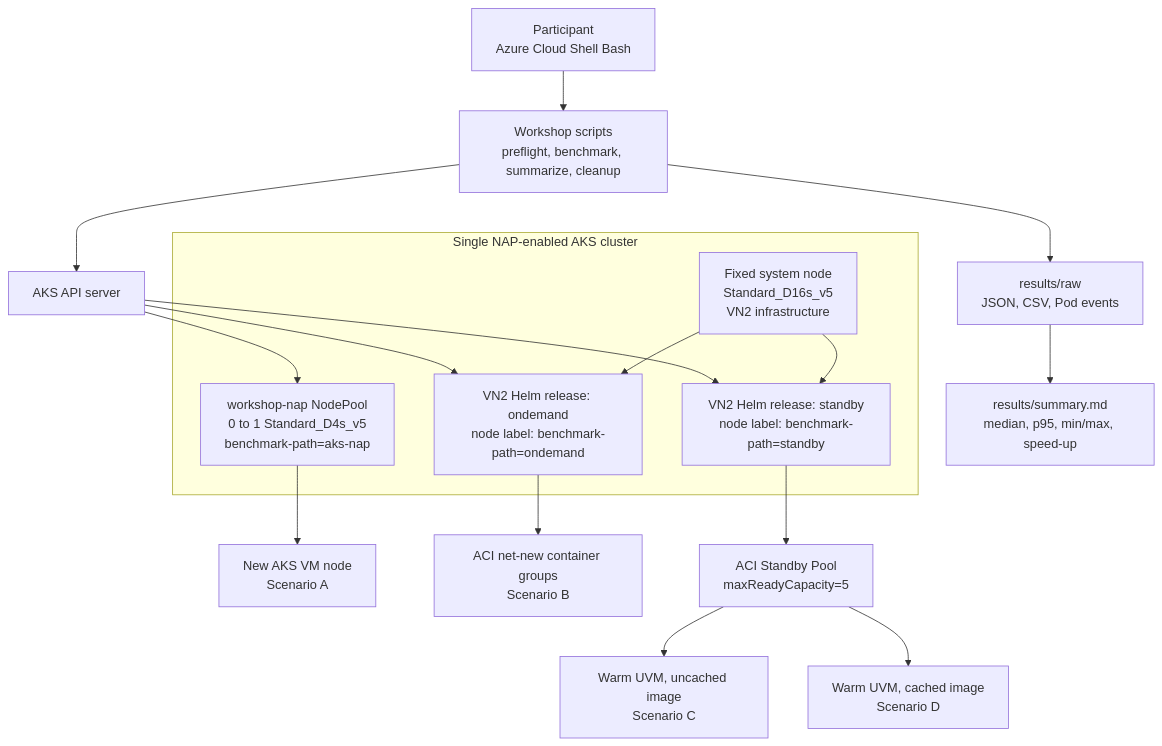
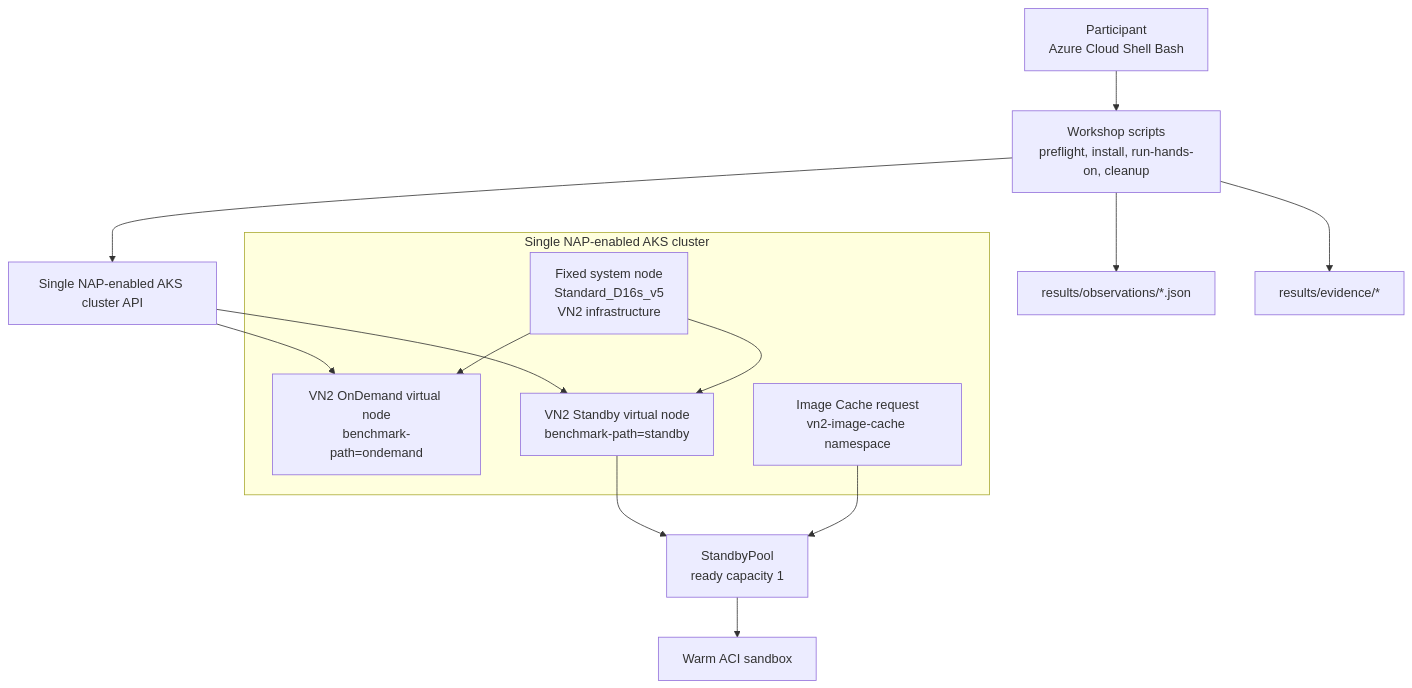
One commit to freeman9844/aci-basic-workshop-01 changed the diagram in README.md. Above: the diagram before and after it, drawn with Mermaid. The commit also changed other lines of this file and 5 other files, not shown here.

Commit message:
docs: publish 120-minute VN2 hands-on flow

````diff
--- a/README.md
+++ b/README.md
@@ -28,27 +29,23 @@
 ```mermaid
 flowchart TB
-  user[Participant<br>Azure Cloud Shell Bash] --> scripts[Workshop scripts<br>preflight, benchmark, summarize, cleanup]
-  scripts --> api[AKS API server]
+  user[Participant<br>Azure Cloud Shell Bash] --> scripts[Workshop scripts<br>preflight, install, run-hands-on, cleanup]
+  scripts --> api[Single NAP-enabled AKS cluster API]
 
-  subgraph aks[Single NAP-enabled AKS cluster]
+  subgraph cluster[Single NAP-enabled AKS cluster]
     system[Fixed system node<br>Standard_D16s_v5<br>VN2 infrastructure]
-    nap[workshop-nap NodePool<br>0 to 1 Standard_D4s_v5<br>benchmark-path=aks-nap]
-    ondemand[VN2 Helm release: ondemand<br>node label: benchmark-path=ondemand]
-    standby[VN2 Helm release: standby<br>node label: benchmark-path=standby]
+    ondemand[VN2 OnDemand virtual node<br>benchmark-path=ondemand]
+    standby[VN2 Standby virtual node<br>benchmark-path=standby]
+    cache[Image Cache request<br>vn2-image-cache namespace]
   end
 
-  api --> nap
   api --> ondemand
   api --> standby
   system --> ondemand
   system --> standby
+  standby --> pool[StandbyPool<br>ready capacity 1]
+  pool --> warm[Warm ACI sandbox]
+  cache --> pool
 
-  nap --> vm[New AKS VM node<br>Scenario A]
-  ondemand --> aci1[ACI net-new container groups<br>Scenario B]
-  standby --> pool[ACI Standby Pool<br>maxReadyCapacity=5]
-  pool --> aci2[Warm UVM, uncached image<br>Scenario C]
-  pool --> aci3[Warm UVM, cached image<br>Scenario D]
-
-  scripts --> raw[results/raw<br>JSON, CSV, Pod events]
-  raw --> report[results/summary.md<br>median, p95, min/max, speed-up]
+  scripts --> observations[results/observations/*.json]
+  scripts --> evidence[results/evidence/*]
 ```
````
